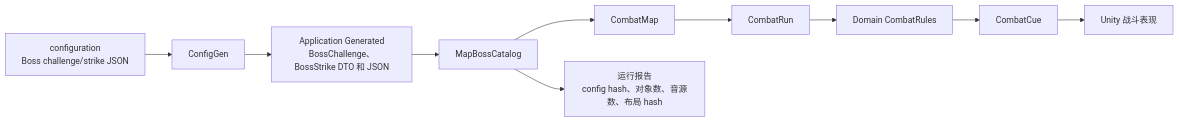
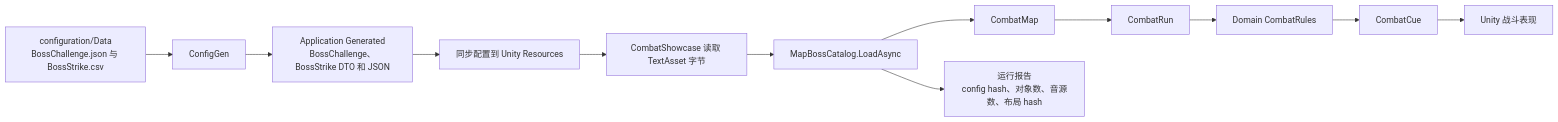
One commit to qian488/AwithGameFramework changed the tenth of 12 diagrams in docs/architecture/current-system.md. Above: the diagram before and after it, drawn with Mermaid. The commit also changed other lines of this file and 28 other files, not shown here.

````diff
--- a/docs/architecture/current-system.md
+++ b/docs/architecture/current-system.md
@@ -339,12 +342,14 @@
 ```mermaid
 flowchart LR
-    BossSource[configuration\nBoss challenge/strike JSON] --> ConfigGen[ConfigGen]
+    BossSource[configuration/Data\nBossChallenge.json 与 BossStrike.csv] --> ConfigGen[ConfigGen]
     ConfigGen --> Generated[Application Generated\nBossChallenge、BossStrike DTO 和 JSON]
-    Generated --> BossTable[MapBossCatalog]
+    Generated --> Synced[同步配置到 Unity Resources]
+    Synced --> Read[CombatShowcase 读取 TextAsset 字节]
+    Read --> BossTable[MapBossCatalog.LoadAsync]
     BossTable --> Map[CombatMap]
     Map --> Run[CombatRun]
     Run --> BossRules[Domain CombatRules]
     BossRules --> Cue[CombatCue]
     Cue --> Presentation[Unity 战斗表现]
     BossTable --> Report[运行报告\nconfig hash、对象数、音源数、布局 hash]
 ```
````
